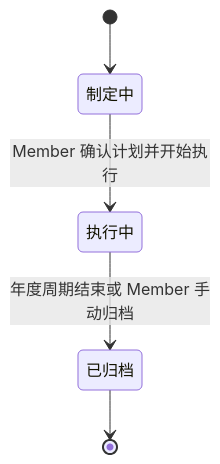
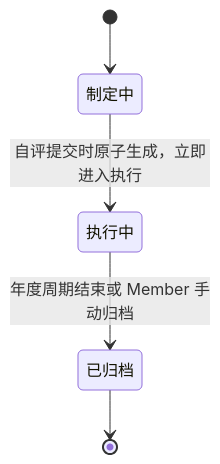
The eighth of 11 diagrams in docs/02_Design.md (yinhui198456/team-capability-platform), drawn with Mermaid before and after one commit. The commit also changed other lines of this file and 23 other files, not shown here.

````diff
--- a/docs/02_Design.md
+++ b/docs/02_Design.md
@@ -353,7 +354,7 @@
 ```mermaid
 stateDiagram-v2
     [*] --> 制定中
-    制定中 --> 执行中 : Member 确认计划并开始执行
+    制定中 --> 执行中 : 自评提交时原子生成，立即进入执行
     执行中 --> 已归档 : 年度周期结束或 Member 手动归档
     已归档 --> [*]
 ```
````
